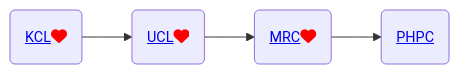
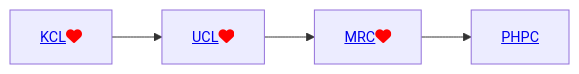
The first of 2 diagrams in docs/work.md (jinghuazhao/jinghuazhao.githubio.io), drawn with Mermaid before and after one commit.

````diff
--- a/docs/work.md
+++ b/docs/work.md
@@ -87,8 +87,8 @@
 ```mermaid
-graph LR;
-KCL(<a href="https://jinghuazhao.github.io/kcllinks.html" style="font-size: 25px;font-size:90%"><u>KCL</u></a><a href="https://jinghuazhao.github.io/iop/comments.txt" style="font-size: 16px;vertical-align: top;"><i class="fa fa-heart" style="font-size:16px;color:red"></i></a>);
-UCL(<a href="https://jinghuazhao.github.io/ucllinks.html" style="font-size: 25px;font-size:90%"><u>UCL</u></a><a href="https://jinghuazhao.github.io/ucl/comments.txt" style="font-size: 16px;vertical-align: top;"><i class="fa fa-heart" style="font-size:16px;color:red"></i></a>);
-MRC(<a href="https://jinghuazhao.github.io/mrclinks.html" style="font-size: 25px;font-size:90%"><u>MRC</u></a><a href="https://jinghuazhao.github.io/mrc/comments.txt"  style="font-size: 16px;vertical-align: top;"><i class="fa fa-heart" style="font-size:16px;color:red"></i></a>);
-PHPC(<a href="https://jinghuazhao.github.io/phpclinks.html" style="font-size: 25px;font-size:90%"><u>PHPC</u></a>);
+graph LR
+KCL["<a href='https://jinghuazhao.github.io/kcllinks.html' style='font-size: 25px;font-size:90%'><u>KCL</u></a><a href='https://jinghuazhao.github.io/iop/comments.txt' style='font-size: 16px;vertical-align: top;'><i class='fa fa-heart' style='font-size:16px;color:red'></i></a>"]
+UCL["<a href='https://jinghuazhao.github.io/ucllinks.html' style='font-size: 25px;font-size:90%'><u>UCL</u></a><a href='https://jinghuazhao.github.io/ucl/comments.txt' style='font-size: 16px;vertical-align: top;'><i class='fa fa-heart' style='font-size:16px;color:red'></i></a>"]
+MRC["<a href='https://jinghuazhao.github.io/mrclinks.html' style='font-size: 25px;font-size:90%'><u>MRC</u></a><a href='https://jinghuazhao.github.io/mrc/comments.txt'  style='font-size: 16px;vertical-align: top;'><i class='fa fa-heart' style='font-size:16px;color:red'></i></a>"]
+PHPC["<a href='https://jinghuazhao.github.io/phpclinks.html' style='font-size: 25px;font-size:90%'><u>PHPC</u></a>"]
 KCL --> UCL --> MRC --> PHPC
 ```
````
